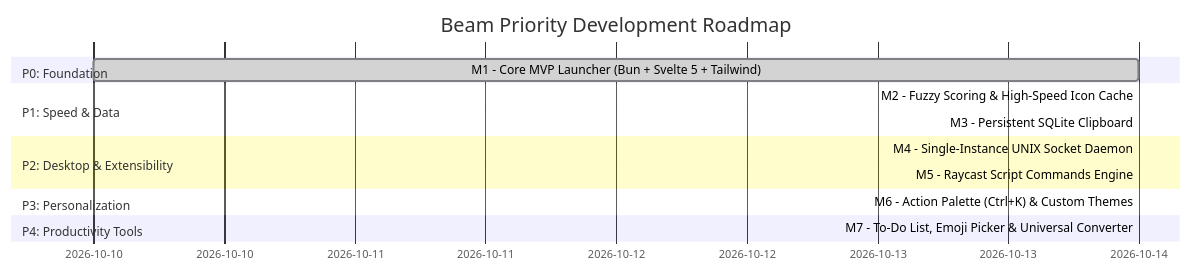
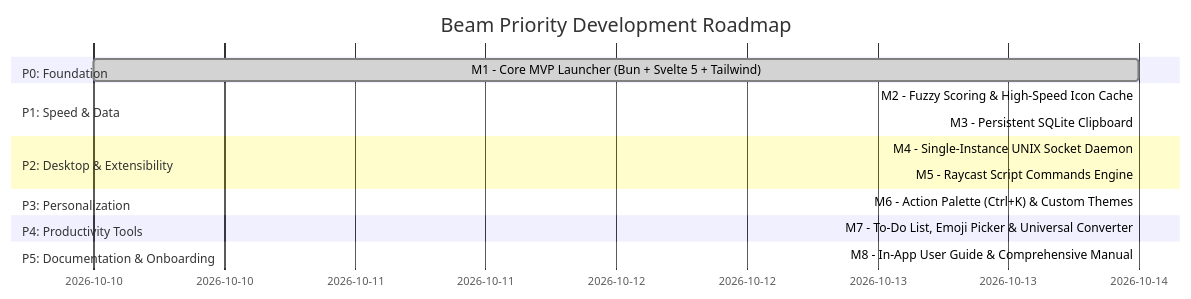
One commit to codesdilkhush/beam changed the diagram in docs/milestones.md. Above: the diagram before and after it, drawn with Mermaid. The commit also changed other lines of this file and 13 other files, not shown here.

Commit message:
feat(guide): implement interactive in-app user guide and comprehensive manual (Milestone 8)

````diff
--- a/docs/milestones.md
+++ b/docs/milestones.md
@@ -5,17 +5,19 @@
 ```mermaid
 gantt
     title Beam Priority Development Roadmap
     dateFormat  YYYY-MM-DD
     section P0: Foundation
     M1 - Core MVP Launcher (Bun + Svelte 5 + Tailwind) :done, m1, 2026-10-10, 2026-10-14
     section P1: Speed & Data
     M2 - Fuzzy Scoring & High-Speed Icon Cache         :done, m2, 2026-10-14, 2026-10-14
     M3 - Persistent SQLite Clipboard                   :done, m3, 2026-10-14, 2026-10-14
     section P2: Desktop & Extensibility
     M4 - Single-Instance UNIX Socket Daemon             :done, m4, 2026-10-14, 2026-10-14
     M5 - Raycast Script Commands Engine                 :done, m5, 2026-10-14, 2026-10-14
     section P3: Personalization
     M6 - Action Palette (Ctrl+K) & Custom Themes        :done, m6, 2026-10-14, 2026-10-14
     section P4: Productivity Tools
     M7 - To-Do List, Emoji Picker & Universal Converter :done, m7, 2026-10-14, 2026-10-14
+    section P5: Documentation & Onboarding
+    M8 - In-App User Guide & Comprehensive Manual       :done, m8, 2026-10-14, 2026-10-14
 ```
````
